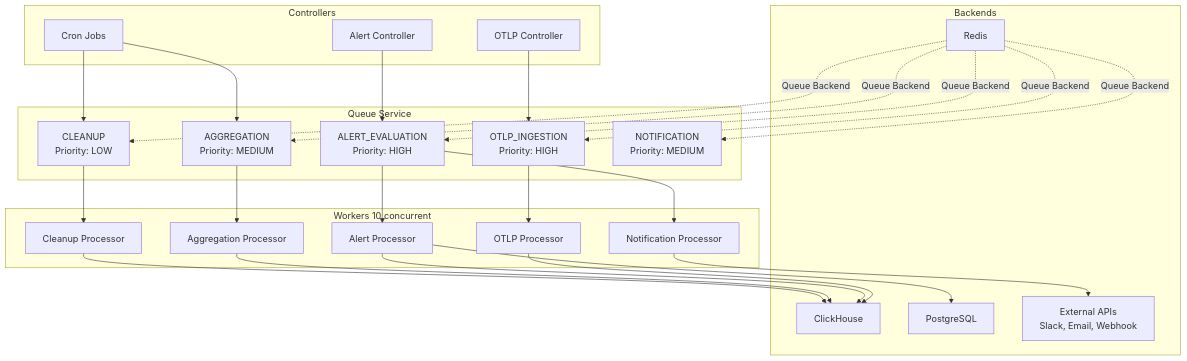
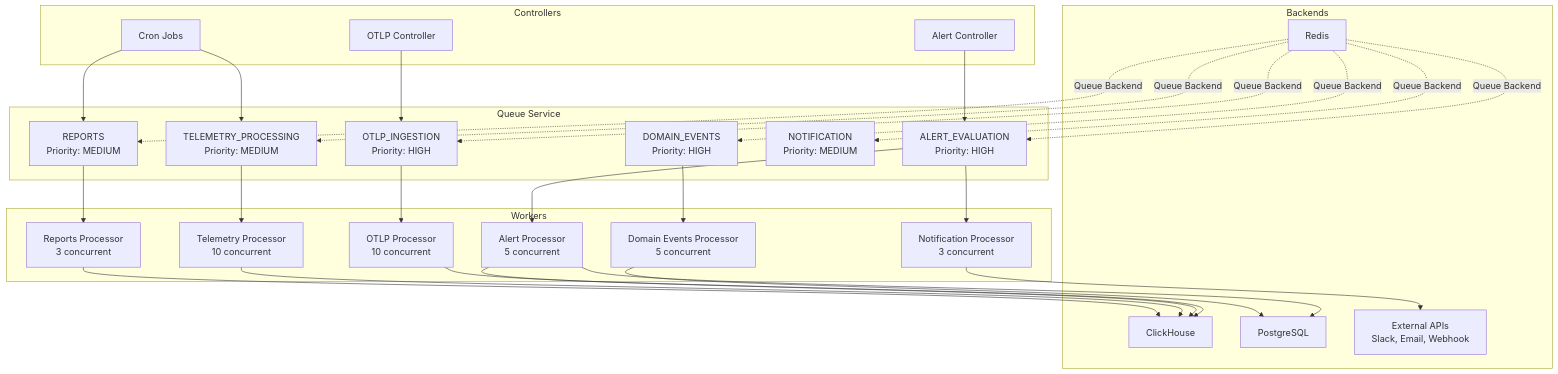
One commit to telemetryflow/telemetryflow-overview changed diagram 11 of 14 in architecture/02-DATA-FLOW.md. Above: the diagram before and after it, drawn with Mermaid. The commit also changed other lines of this file and 68 other files, not shown here.

````diff
--- a/architecture/02-DATA-FLOW.md
+++ b/architecture/02-DATA-FLOW.md
@@ -605,55 +612,61 @@
 ```mermaid
 graph TB
     subgraph "Controllers"
         A1[OTLP Controller]
         A2[Alert Controller]
         A3[Cron Jobs]
     end
 
     subgraph "Queue Service"
         B1[OTLP_INGESTION<br/>Priority: HIGH]
         B2[ALERT_EVALUATION<br/>Priority: HIGH]
-        B3[AGGREGATION<br/>Priority: MEDIUM]
-        B4[CLEANUP<br/>Priority: LOW]
+        B3[TELEMETRY_PROCESSING<br/>Priority: MEDIUM]
+        B4[DOMAIN_EVENTS<br/>Priority: HIGH]
         B5[NOTIFICATION<br/>Priority: MEDIUM]
+        B6[REPORTS<br/>Priority: MEDIUM]
     end
 
-    subgraph "Workers 10 concurrent"
-        C1[OTLP Processor]
-        C2[Alert Processor]
-        C3[Aggregation Processor]
-        C4[Cleanup Processor]
-        C5[Notification Processor]
+    subgraph "Workers"
+        C1[OTLP Processor<br/>10 concurrent]
+        C2[Alert Processor<br/>5 concurrent]
+        C3[Telemetry Processor<br/>10 concurrent]
+        C4[Domain Events Processor<br/>5 concurrent]
+        C5[Notification Processor<br/>3 concurrent]
+        C6[Reports Processor<br/>3 concurrent]
     end
 
     subgraph "Backends"
         D1[ClickHouse]
         D2[PostgreSQL]
         D3[Redis]
         D4[External APIs<br/>Slack, Email, Webhook]
     end
 
     A1 --> B1
     A2 --> B2
     A3 --> B3
-    A3 --> B4
 
     B1 --> C1
     B2 --> C2
     B3 --> C3
     B4 --> C4
     B2 --> C5
+    A3 --> B6
+
+    B6 --> C6
 
     C1 --> D1
     C2 --> D1
     C2 --> D2
     C3 --> D1
-    C4 --> D1
+    C4 --> D2
     C5 --> D4
+    C6 --> D1
 
     D3 -.->|Queue Backend| B1
     D3 -.->|Queue Backend| B2
     D3 -.->|Queue Backend| B3
     D3 -.->|Queue Backend| B4
     D3 -.->|Queue Backend| B5
+    D3 -.->|Queue Backend| B6
 ```
````
